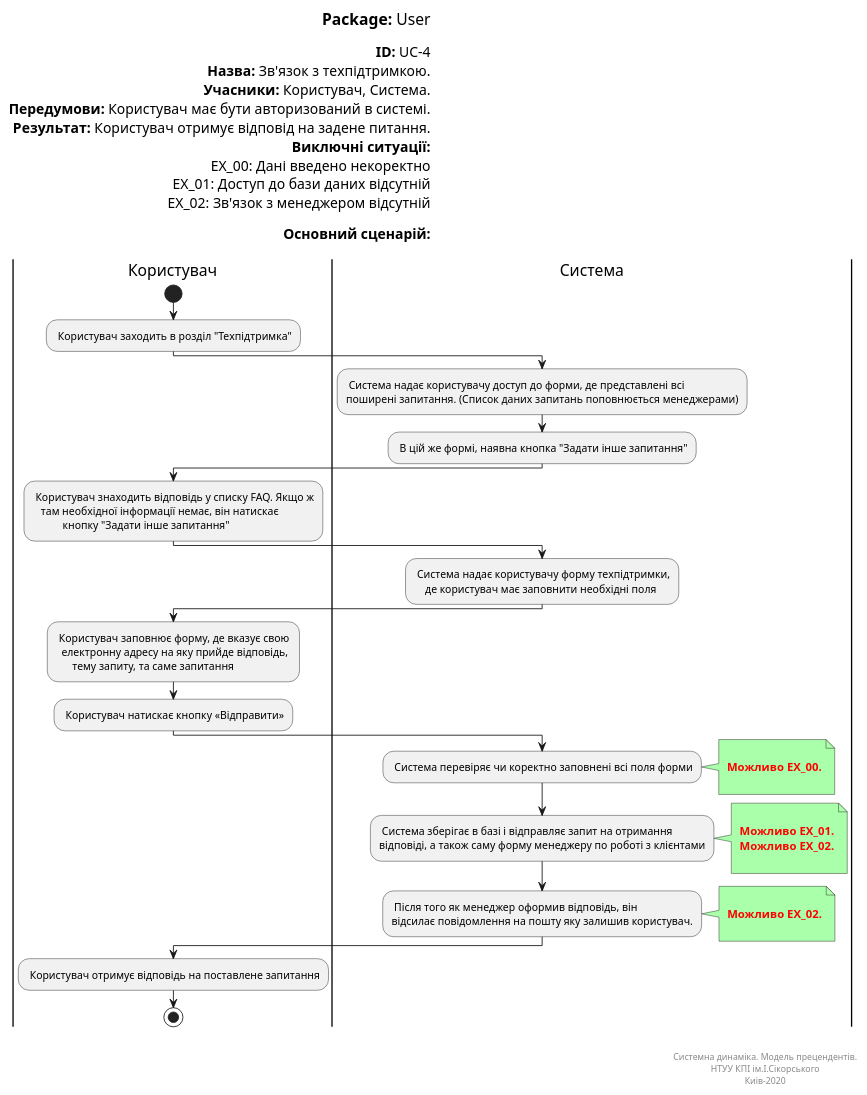
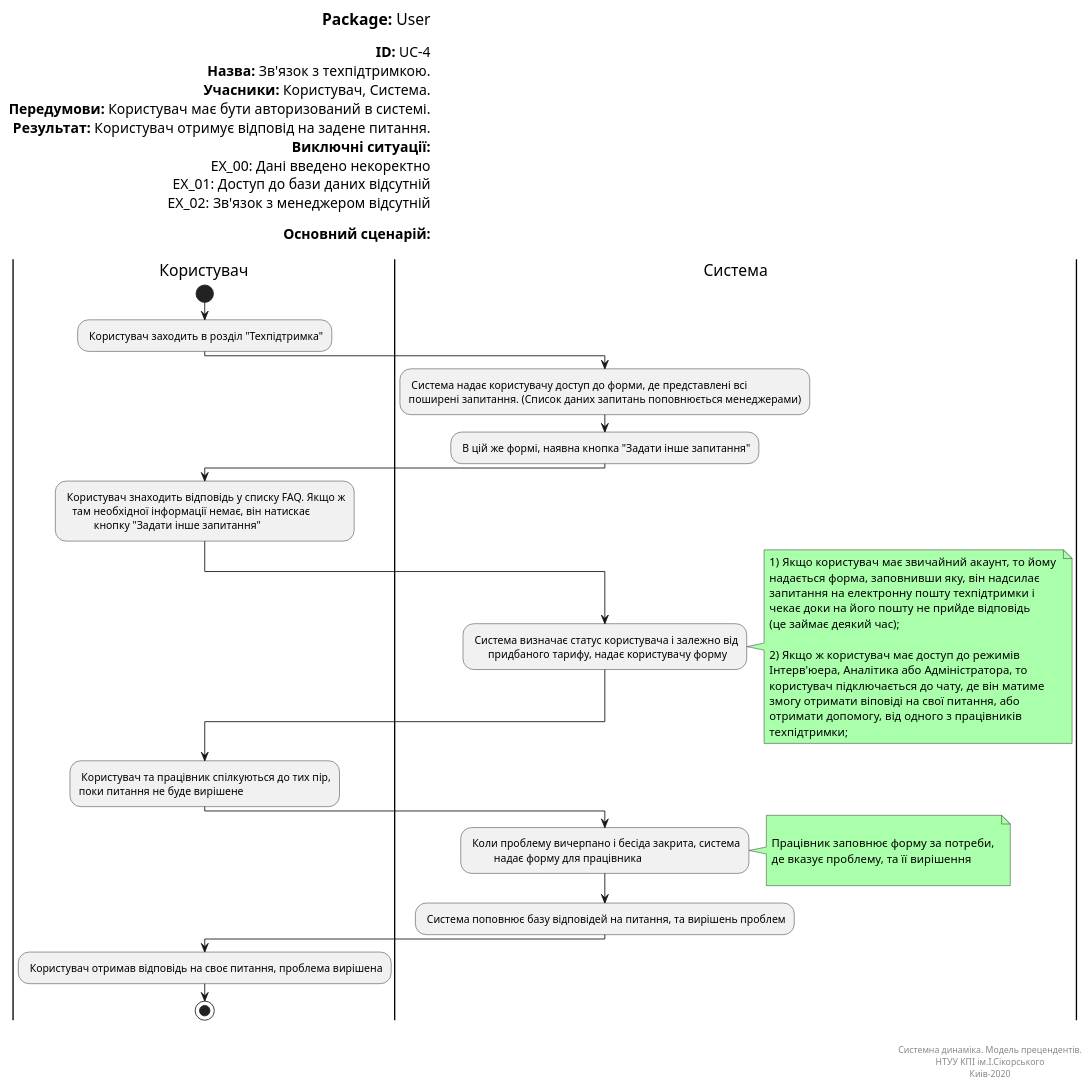
One commit to ip-85/System-Dynamics changed the diagram in Doc/UMLDiagrams/scenarios/user/Diagrams/UML/UC4.pu. Above: the diagram before and after it, drawn with PlantUML.

```diff
--- a/Doc/UMLDiagrams/scenarios/user/Diagrams/UML/UC4.pu
+++ b/Doc/UMLDiagrams/scenarios/user/Diagrams/UML/UC4.pu
@@ -1,87 +1,86 @@
 @startuml userTechSupport
 left header
 <font color=000 size=18><b>Package:</b> User
 
 <font color=000 size=16><b>ID:</b> UC-4
 <font color=000 size=16><b>Назва:</b> Зв'язок з техпідтримкою.
 <font color=000 size=16><b>Учасники:</b> Користувач, Система.
 <font color=000 size=16><b>Передумови:</b> Користувач має бути авторизований в системі.
 <font color=000 size=16><b>Результат:</b> Користувач отримує відповід на задене питання. 
 <font color=000 size=16><b>Виключні ситуації:</b>
 <font color=000 size=16> EX_00: Дані введено некоректно
 <font color=000 size=16> EX_01: Доступ до бази даних відсутній
 <font color=000 size=16> EX_02: Зв'язок з менеджером відсутній
 
 <font color=000 size=16><b>Основний сценарій:</b>
 
 end header
 
 |Користувач|
 start
 : Користувач заходить в розділ "Техпідтримка";
 
 |Система|
 : Система надає користувачу доступ до форми, де представлені всі 
 поширені запитання. (Список даних запитань поповнюється менеджерами);
 
 : В цій же формі, наявна кнопка "Задати інше запитання";
 
 |Користувач|
 : Користувач знаходить відповідь у списку FAQ. Якщо ж 
    там необхідної інформації немає, він натискає 
            кнопку "Задати інше запитання";
            
 
 |Система|
-: Система надає користувачу форму техпідтримки, 
-    де користувач має заповнити необхідні поля;
-    
+: Система визначає статус користувача і залежно від 
+      придбаного тарифу, надає користувачу форму;
+      
+note right #aaffaa
+  1) Якщо користувач має звичайний акаунт, то йому 
+  надається форма, заповнивши яку, він надсилає 
+  запитання на електронну пошту техпідтримки і 
+  чекає доки на його пошту не прийде відповідь 
+  (це займає деякий час); 
+
+  2) Якщо ж користувач має доступ до режимів 
+  Інтерв'юера, Аналітика або Адміністратора, то 
+  користувач підключається до чату, де він матиме 
+  змогу отримати віповіді на свої питання, або 
+  отримати допомогу, від одного з працівників 
+  техпідтримки;  
+end note    
 
 |Користувач|
-: Користувач заповнює форму, де вказує свою 
-  електронну адресу на яку прийде відповідь, 
-      тему запиту, та саме запитання;
+: Користувач та працівник спілкуються до тих пір, 
+поки питання не буде вирішене;
       
-: Користувач натискає кнопку «Відправити»;
 
 |Система|
-: Система перевіряє чи коректно заповнені всі поля форми;
+: Коли проблему вичерпано і бесіда закрита, система
+         надає форму для працівника;
 note right #aaffaa
 
-<font color=red><b> Можливо EX_00.
+Працівник заповнює форму за потреби, 
+де вказує проблему, та її вирішення
 
 end note
 
-: Система зберігає в базі і відправляє запит на отримання 
-відповіді, а також саму форму менеджеру по роботі з клієнтами;
+: Система поповнює базу відповідей на питання, та вирішень проблем;
 
-note right #aaffaa
-
-<font color=red><b> Можливо EX_01.
-<font color=red><b> Можливо EX_02.
-
-end note
-
-: Після того як менеджер оформив відповідь, він 
-відсилає повідомлення на пошту яку залишив користувач.;
-note right #aaffaa
-
-<font color=red><b> Можливо EX_02.
-
-end note
 
 |Користувач|
 
-: Користувач отримує відповідь на поставлене запитання;
+: Користувач отримав відповідь на своє питання, проблема вирішена;
 
 stop;
 
 right footer
 
 
 Системна динаміка. Модель прецендентів.
 НТУУ КПІ ім.І.Сікорського
 Киів-2020
 end footer
 
 @enduml
```
